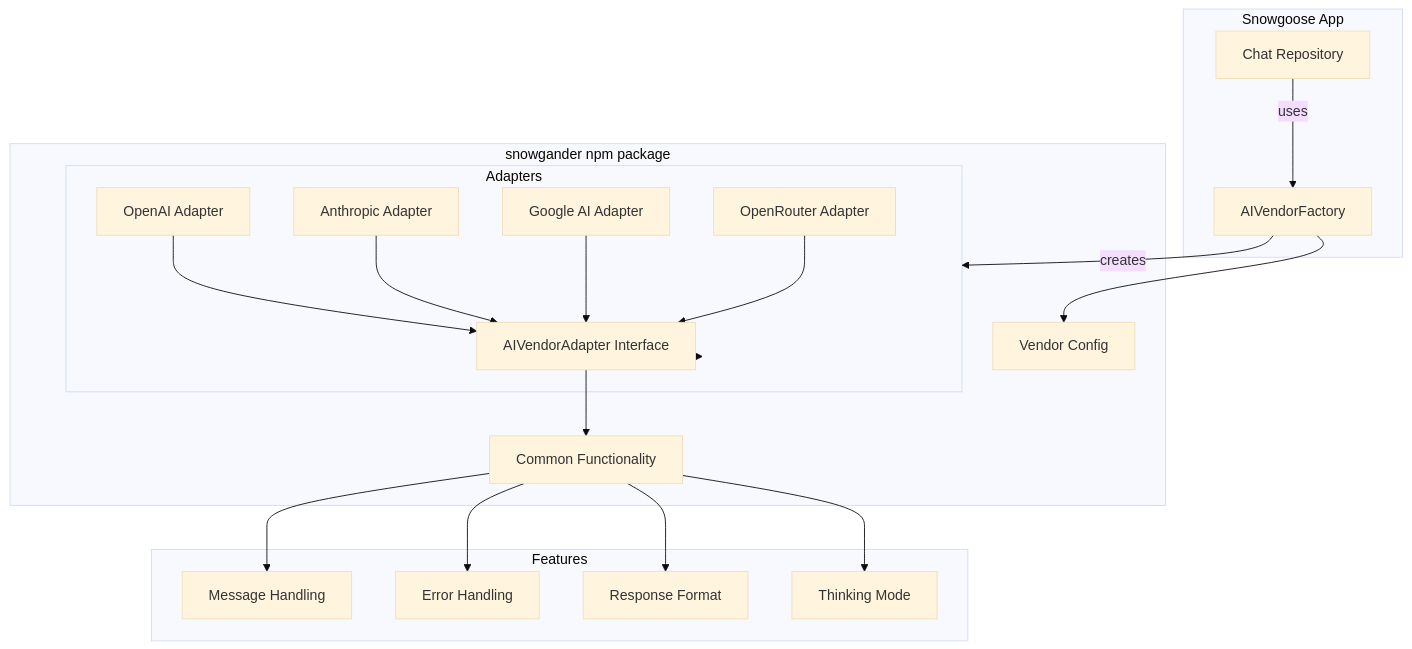
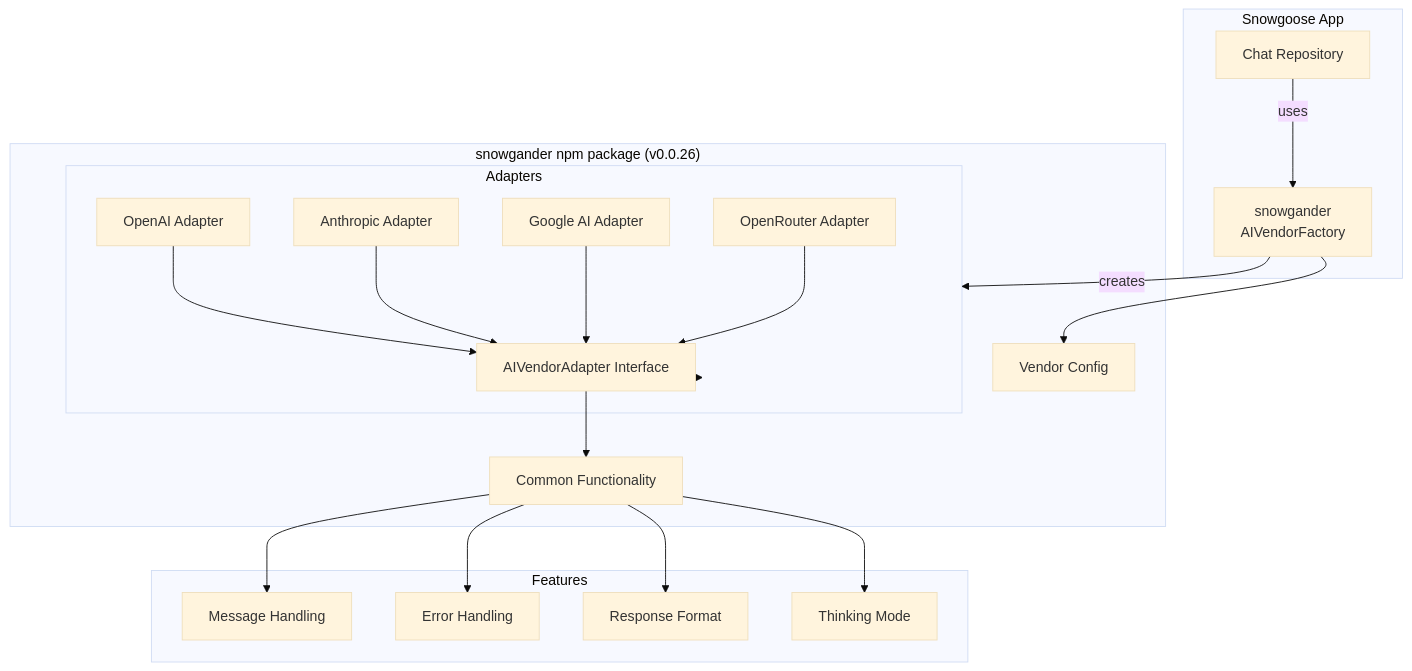
Before and after one commit to loneyeti/snowgoose: the third of 5 diagrams in memory-bank/systemPatterns.md, drawn with Mermaid (base theme). The commit also changed other lines of this file and 14 other files, not shown here.

````diff
--- a/memory-bank/systemPatterns.md
+++ b/memory-bank/systemPatterns.md
@@ -165,28 +171,28 @@
 ```mermaid
 flowchart TD
-    subgraph Snowgoose App
-        ChatRepo[Chat Repository] -- uses --> VendorFactory
+    subgraph "Snowgoose App"
+        ChatRepo[Chat Repository] -- uses --> VendorFactory["snowgander <br> AIVendorFactory"]
     end
 
-    subgraph "snowgander npm package"
-        VendorFactory[AIVendorFactory] --> Config[Vendor Config]
+    subgraph "snowgander npm package (v0.0.26)"
+        VendorFactory --> Config[Vendor Config]
         VendorFactory -- creates --> Adapters
         Adapters --> BaseAdapter[AIVendorAdapter Interface]
 
         subgraph Adapters
             OpenAIAdapter[OpenAI Adapter] --> BaseAdapter
             AnthropicAdapter[Anthropic Adapter] --> BaseAdapter
             GoogleAdapter[Google AI Adapter] --> BaseAdapter
             OpenRouterAdapter[OpenRouter Adapter] --> BaseAdapter
         end
 
         BaseAdapter --> Common[Common Functionality]
     end
 
     subgraph Features
         Common --> MessageHandling[Message Handling]
         Common --> ErrorHandling[Error Handling]
         Common --> ResponseFormat[Response Format]
         Common --> ThinkingMode[Thinking Mode]
     end
 ```
````
